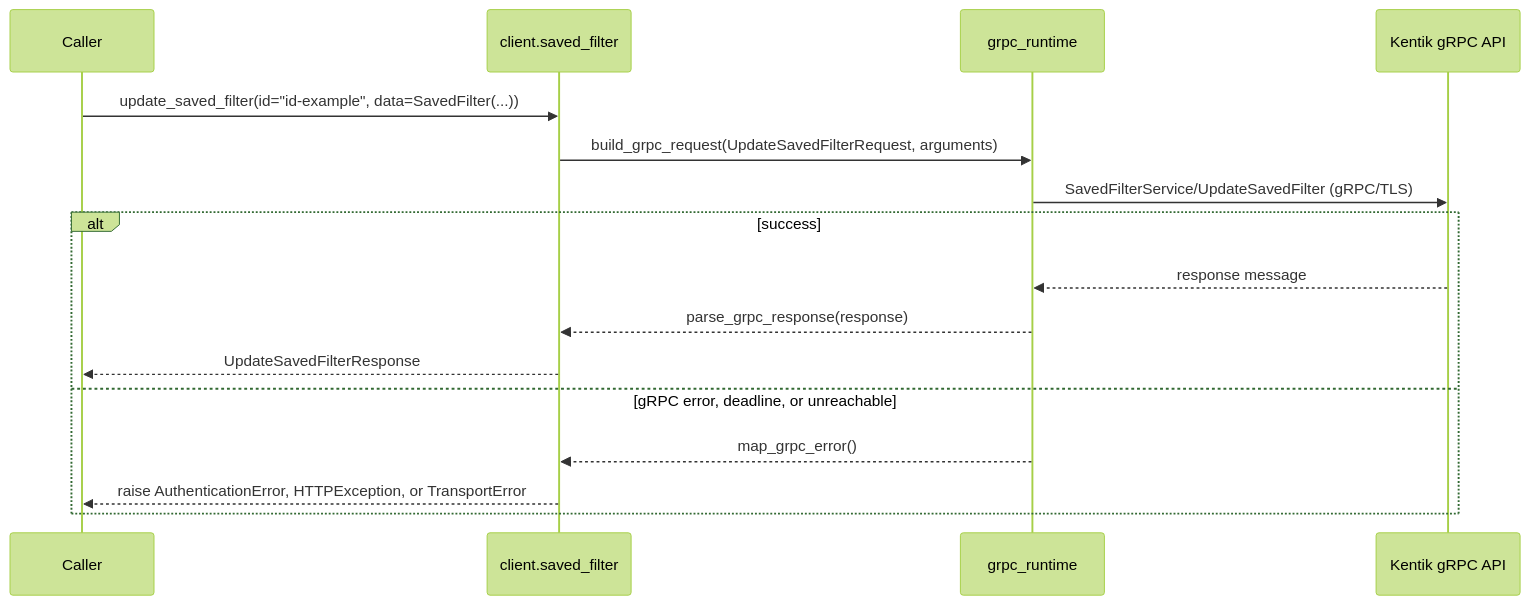
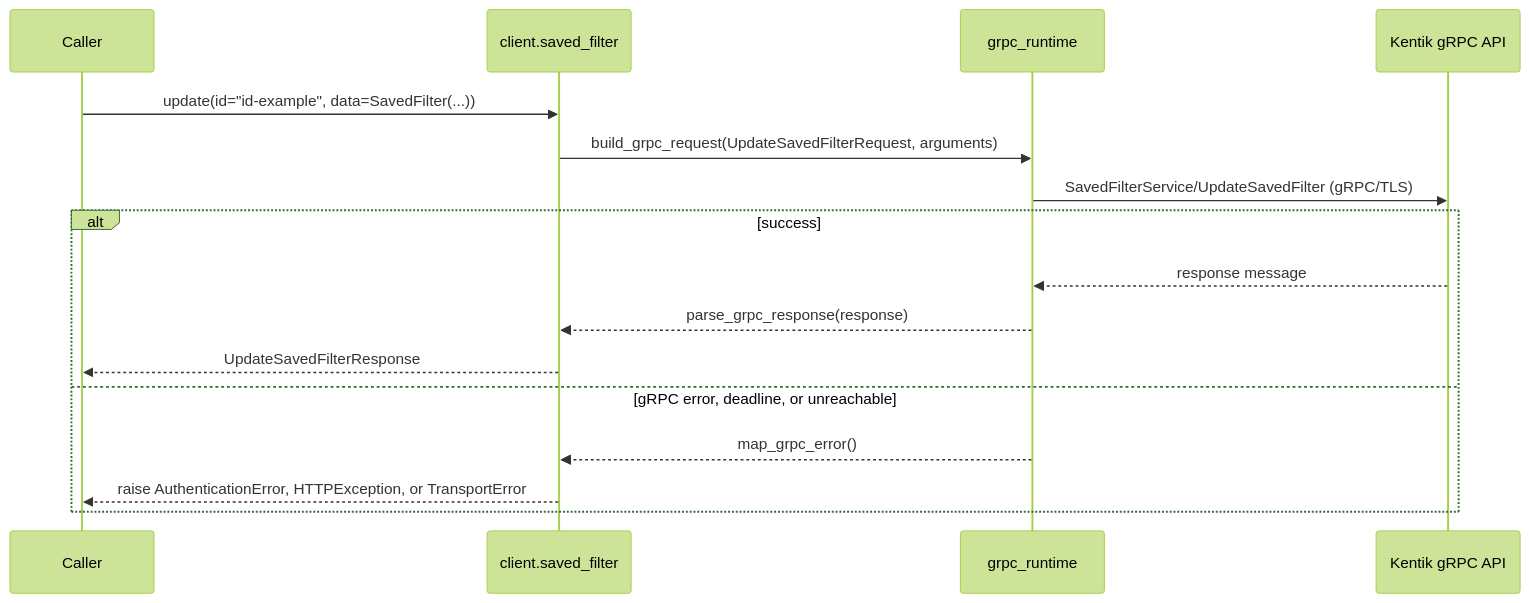
Before and after one commit to alexdearaujo/community_sdk_python: the seventh of 14 diagrams in docs/sphinx/services/saved_filter.md, drawn with Mermaid (forest theme). The commit also changed other lines of this file and 119 other files, not shown here.

````diff
--- a/docs/sphinx/services/saved_filter.md
+++ b/docs/sphinx/services/saved_filter.md
@@ -212,19 +212,19 @@
 ```mermaid
 sequenceDiagram
     participant C as Caller
     participant W as client.saved_filter
     participant R as grpc_runtime
     participant API as Kentik gRPC API
 
-    C->>W: update_saved_filter(id="id-example", data=SavedFilter(...))
+    C->>W: update(id="id-example", data=SavedFilter(...))
     W->>R: build_grpc_request(UpdateSavedFilterRequest, arguments)
     R->>API: SavedFilterService/UpdateSavedFilter (gRPC/TLS)
     alt success
         API-->>R: response message
         R-->>W: parse_grpc_response(response)
         W-->>C: UpdateSavedFilterResponse
     else gRPC error, deadline, or unreachable
         R-->>W: map_grpc_error()
         W-->>C: raise AuthenticationError, HTTPException, or TransportError
     end
 ```
````
